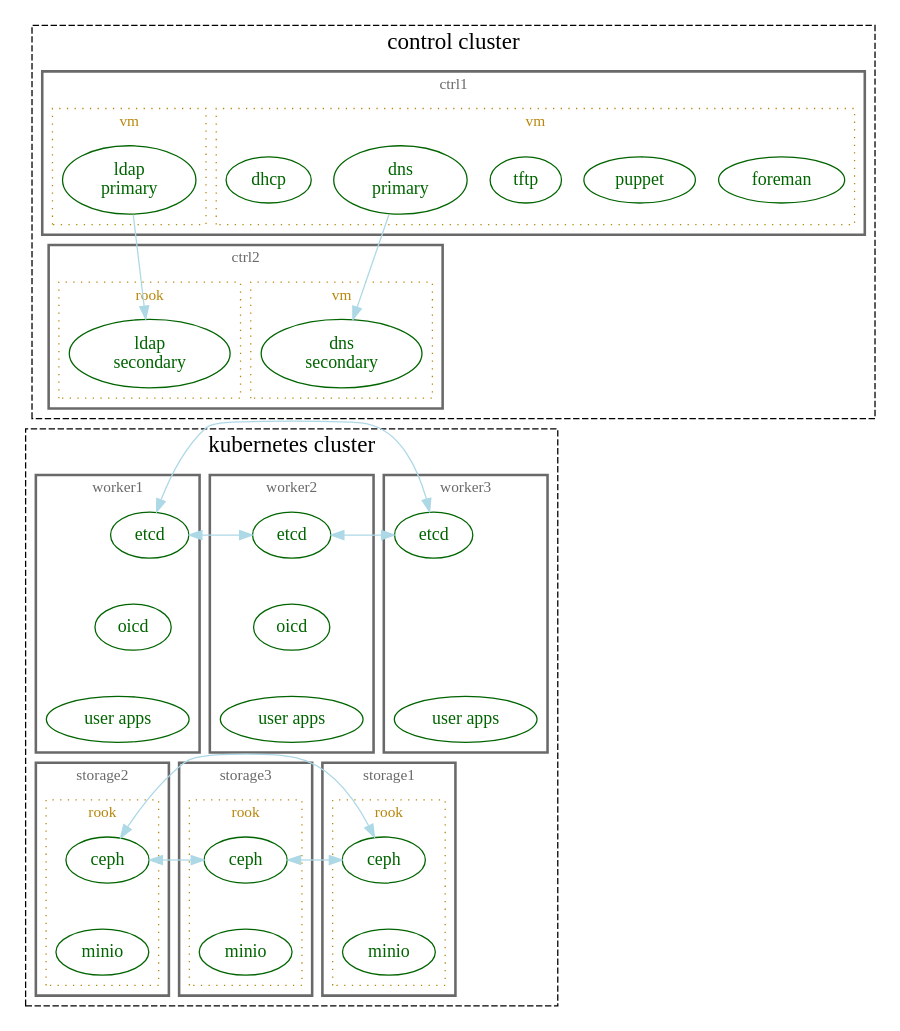
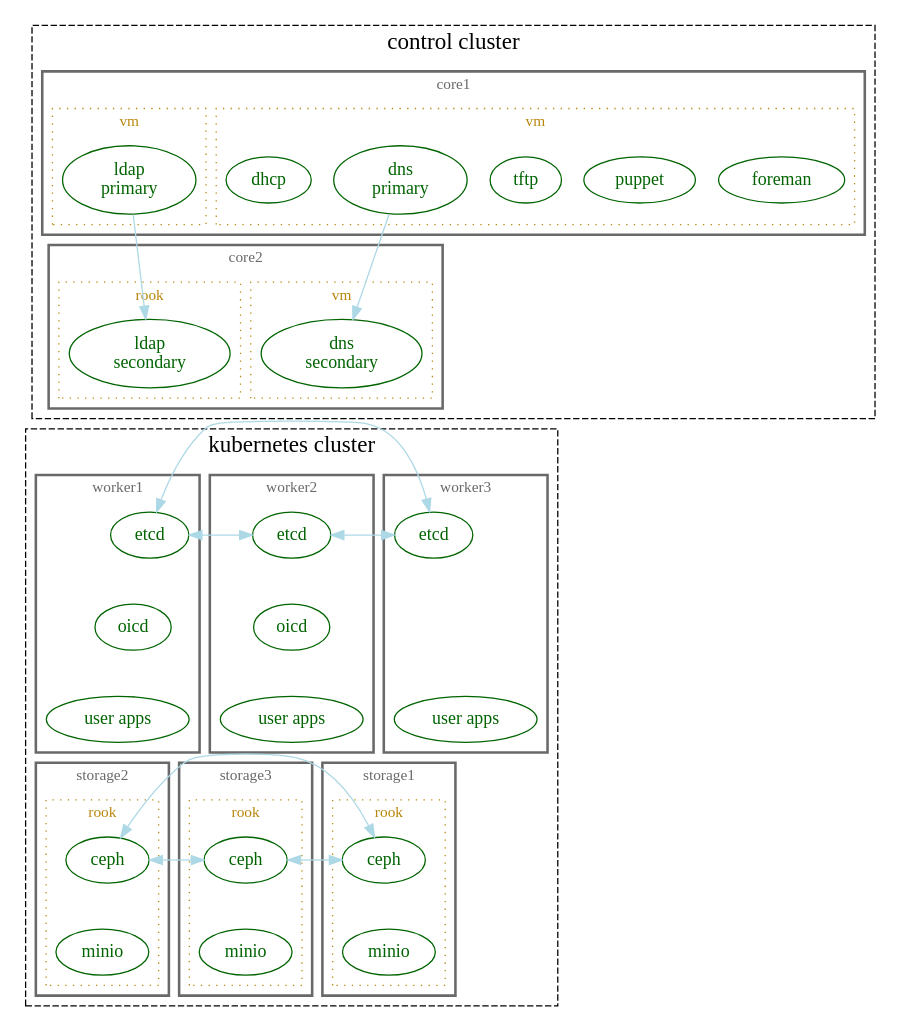
The diagram in _static/seed_cluster.dot (LSST-IT/ittn-002), drawn with Graphviz before and after one commit. The commit also changed 1 other file, not shown here.

Commit message:
rename nodes s/ctrl/core/

```diff
--- a/_static/seed_cluster.dot
+++ b/_static/seed_cluster.dot
@@ -39,7 +39,7 @@
     style=dashed
 
     subgraph cluster_1 {
-      label="ctrl1"
+      label="core1"
       color=dimgray
       fontcolor=dimgray
       fontsize=12
@@ -81,7 +81,7 @@
     }
 
     subgraph cluster_2 {
-      label="ctrl2"
+      label="core2"
       color=dimgray
       fontcolor=dimgray
       fontsize=12
```
